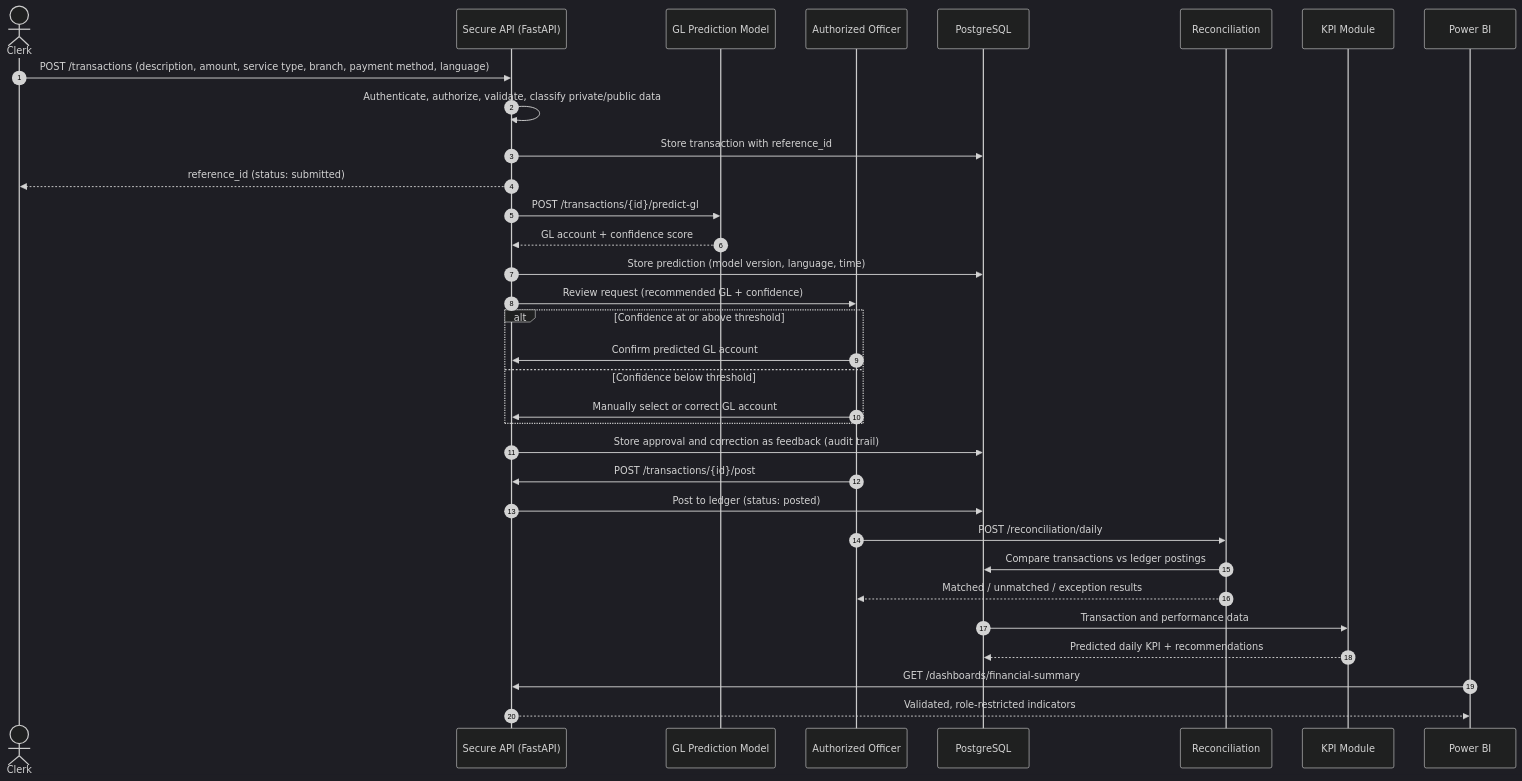
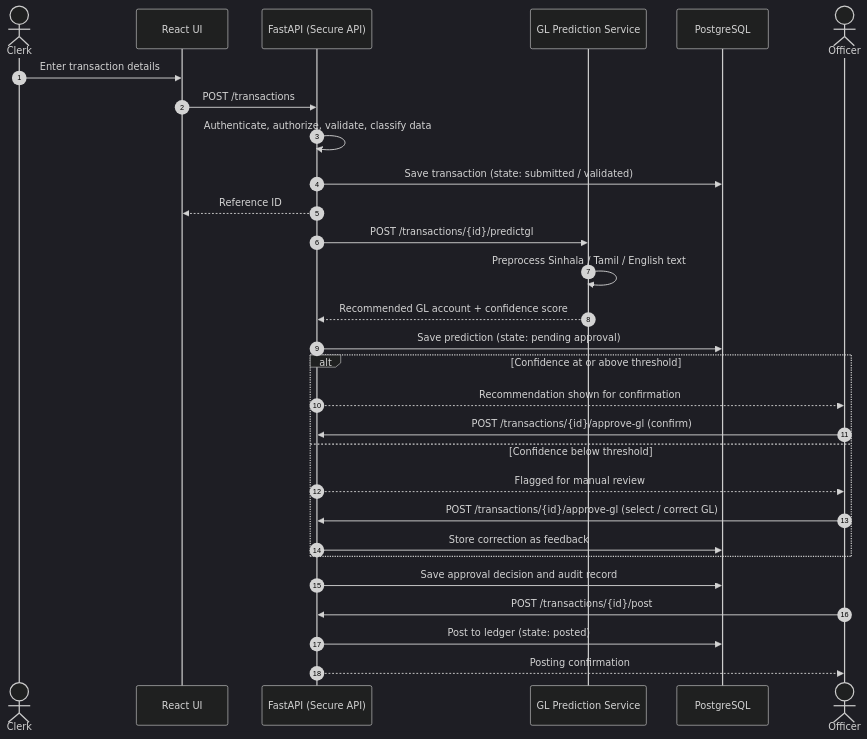
One commit to GUNAWARADANANCA/J26-IT-372 changed the third of 10 diagrams in README.md. Above: the diagram before and after it, drawn with Mermaid (dark theme). The commit also changed other lines of this file, not shown here.

````diff
--- a/README.md
+++ b/README.md
@@ -272,36 +263,35 @@
-``` mermaid
+```mermaid
 sequenceDiagram
     autonumber
     actor Clerk
-    participant API as Secure API (FastAPI)
-    participant ML as GL Prediction Model
-    participant Officer as Authorized Officer
+    participant UI as React UI
+    participant API as FastAPI (Secure API)
+    participant ML as GL Prediction Service
     participant DB as PostgreSQL
-    participant Rec as Reconciliation
-    participant KPI as KPI Module
-    participant BI as Power BI
+    actor Officer
 
-    Clerk->>API: POST /transactions (description, amount, service type, branch, payment method, language)
-    API->>API: Authenticate, authorize, validate, classify private/public data
-    API->>DB: Store transaction with reference_id
-    API-->>Clerk: reference_id (status: submitted)
-    API->>ML: POST /transactions/{id}/predict-gl
-    ML-->>API: GL account + confidence score
-    API->>DB: Store prediction (model version, language, time)
-    API->>Officer: Review request (recommended GL + confidence)
+    Clerk->>UI: Enter transaction details
+    UI->>API: POST /transactions
+    API->>API: Authenticate, authorize, validate, classify data
+    API->>DB: Save transaction (state: submitted / validated)
+    API-->>UI: Reference ID
+
+    API->>ML: POST /transactions/{id}/predictgl
+    ML->>ML: Preprocess Sinhala / Tamil / English text
+    ML-->>API: Recommended GL account + confidence score
+    API->>DB: Save prediction (state: pending approval)
+
     alt Confidence at or above threshold
-        Officer->>API: Confirm predicted GL account
+        API-->>Officer: Recommendation shown for confirmation
+        Officer->>API: POST /transactions/{id}/approve-gl (confirm)
     else Confidence below threshold
-        Officer->>API: Manually select or correct GL account
+        API-->>Officer: Flagged for manual review
+        Officer->>API: POST /transactions/{id}/approve-gl (select / correct GL)
+        API->>DB: Store correction as feedback
     end
-    API->>DB: Store approval and correction as feedback (audit trail)
+
+    API->>DB: Save approval decision and audit record
     Officer->>API: POST /transactions/{id}/post
-    API->>DB: Post to ledger (status: posted)
-    Officer->>Rec: POST /reconciliation/daily
-    Rec->>DB: Compare transactions vs ledger postings
-    Rec-->>Officer: Matched / unmatched / exception results
-    DB->>KPI: Transaction and performance data
-    KPI-->>DB: Predicted daily KPI + recommendations
-    BI->>API: GET /dashboards/financial-summary
-    API-->>BI: Validated, role-restricted indicators
+    API->>DB: Post to ledger (state: posted)
+    API-->>Officer: Posting confirmation
 ```
````
